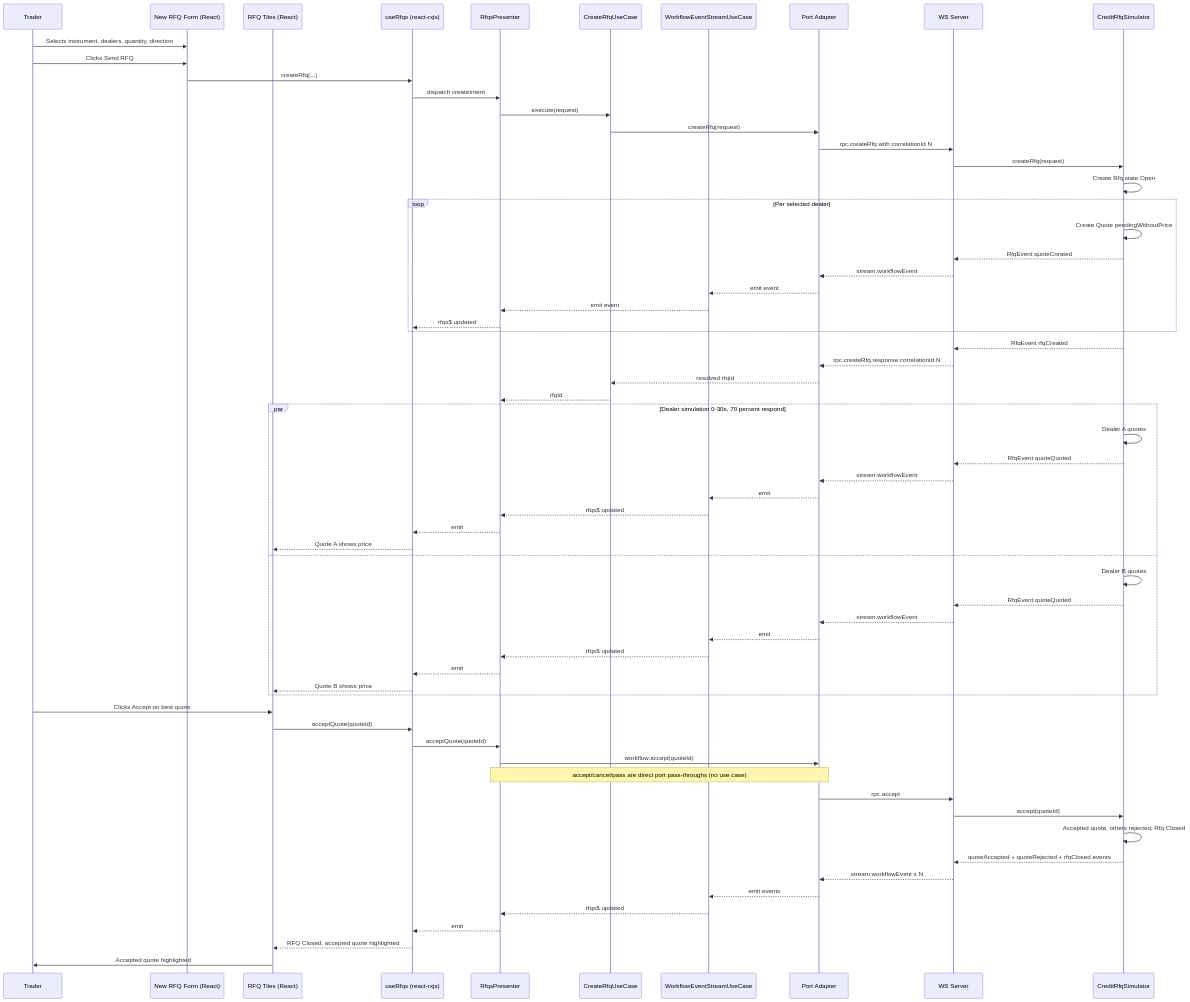
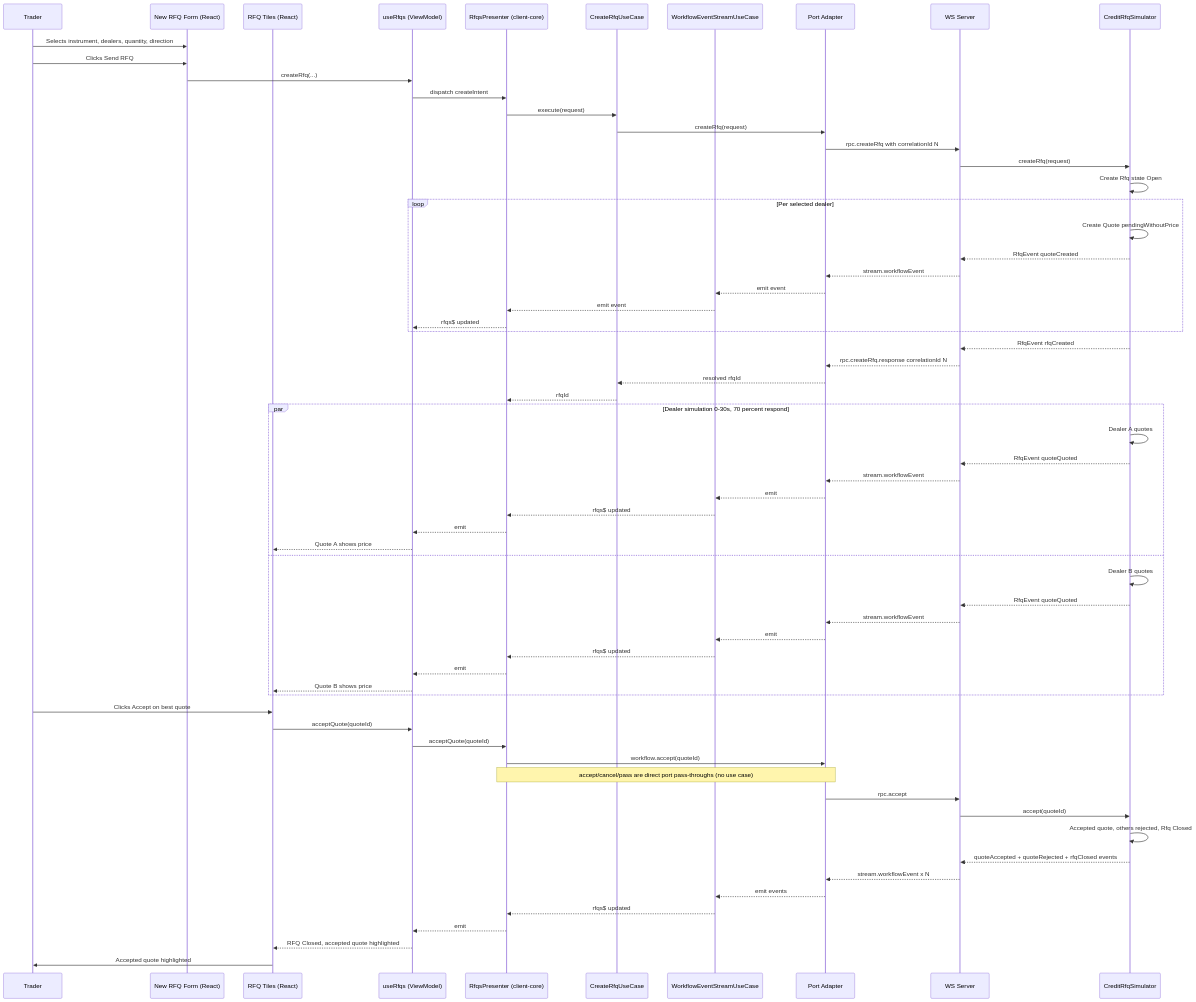
Diagram 16 of 29 in docs/architecture.md (bettersoftware-io/ReactiveTraderCloudClone), drawn with Mermaid before and after one commit. The commit also changed other lines of this file and 4 other files, not shown here.

First line of the commit message:
docs(architecture): sync architecture.md with the multi-client reality

````diff
--- a/docs/architecture.md
+++ b/docs/architecture.md
@@ -843,71 +1064,71 @@
 ```mermaid
 sequenceDiagram
     participant Trader
     participant Form as New RFQ Form (React)
     participant Tiles as RFQ Tiles (React)
-    participant Hook as useRfqs (react-rxjs)
-    participant Presenter as RfqsPresenter
+    participant Hook as useRfqs (ViewModel)
+    participant Presenter as RfqsPresenter (client-core)
     participant CreateUC as CreateRfqUseCase
     participant EventsUC as WorkflowEventStreamUseCase
     participant Adapter as Port Adapter
     participant Server as WS Server
     participant Sim as CreditRfqSimulator
 
     Trader->>Form: Selects instrument, dealers, quantity, direction
     Trader->>Form: Clicks Send RFQ
     Form->>Hook: createRfq(...)
     Hook->>Presenter: dispatch createIntent
     Presenter->>CreateUC: execute(request)
     CreateUC->>Adapter: createRfq(request)
     Adapter->>Server: rpc.createRfq with correlationId N
     Server->>Sim: createRfq(request)
     Sim->>Sim: Create Rfq state Open
 
     loop Per selected dealer
         Sim->>Sim: Create Quote pendingWithoutPrice
         Sim-->>Server: RfqEvent quoteCreated
         Server-->>Adapter: stream.workflowEvent
         Adapter-->>EventsUC: emit event
         EventsUC-->>Presenter: emit event
         Presenter-->>Hook: rfqs$ updated
     end
 
     Sim-->>Server: RfqEvent rfqCreated
     Server-->>Adapter: rpc.createRfq.response correlationId N
     Adapter-->>CreateUC: resolved rfqId
     CreateUC-->>Presenter: rfqId
 
     par Dealer simulation 0-30s, 70 percent respond
         Sim->>Sim: Dealer A quotes
         Sim-->>Server: RfqEvent quoteQuoted
         Server-->>Adapter: stream.workflowEvent
         Adapter-->>EventsUC: emit
         EventsUC-->>Presenter: rfqs$ updated
         Presenter-->>Hook: emit
         Hook-->>Tiles: Quote A shows price
     and
         Sim->>Sim: Dealer B quotes
         Sim-->>Server: RfqEvent quoteQuoted
         Server-->>Adapter: stream.workflowEvent
         Adapter-->>EventsUC: emit
         EventsUC-->>Presenter: rfqs$ updated
         Presenter-->>Hook: emit
         Hook-->>Tiles: Quote B shows price
     end
 
     Trader->>Tiles: Clicks Accept on best quote
     Tiles->>Hook: acceptQuote(quoteId)
     Hook->>Presenter: acceptQuote(quoteId)
     Presenter->>Adapter: workflow.accept(quoteId)
     Note over Presenter,Adapter: accept/cancel/pass are direct port pass-throughs (no use case)
     Adapter->>Server: rpc.accept
     Server->>Sim: accept(quoteId)
     Sim->>Sim: Accepted quote, others rejected, Rfq Closed
     Sim-->>Server: quoteAccepted + quoteRejected + rfqClosed events
     Server-->>Adapter: stream.workflowEvent x N
     Adapter-->>EventsUC: emit events
     EventsUC-->>Presenter: rfqs$ updated
     Presenter-->>Hook: emit
     Hook-->>Tiles: RFQ Closed, accepted quote highlighted
     Tiles->>Trader: Accepted quote highlighted
 ```
````
